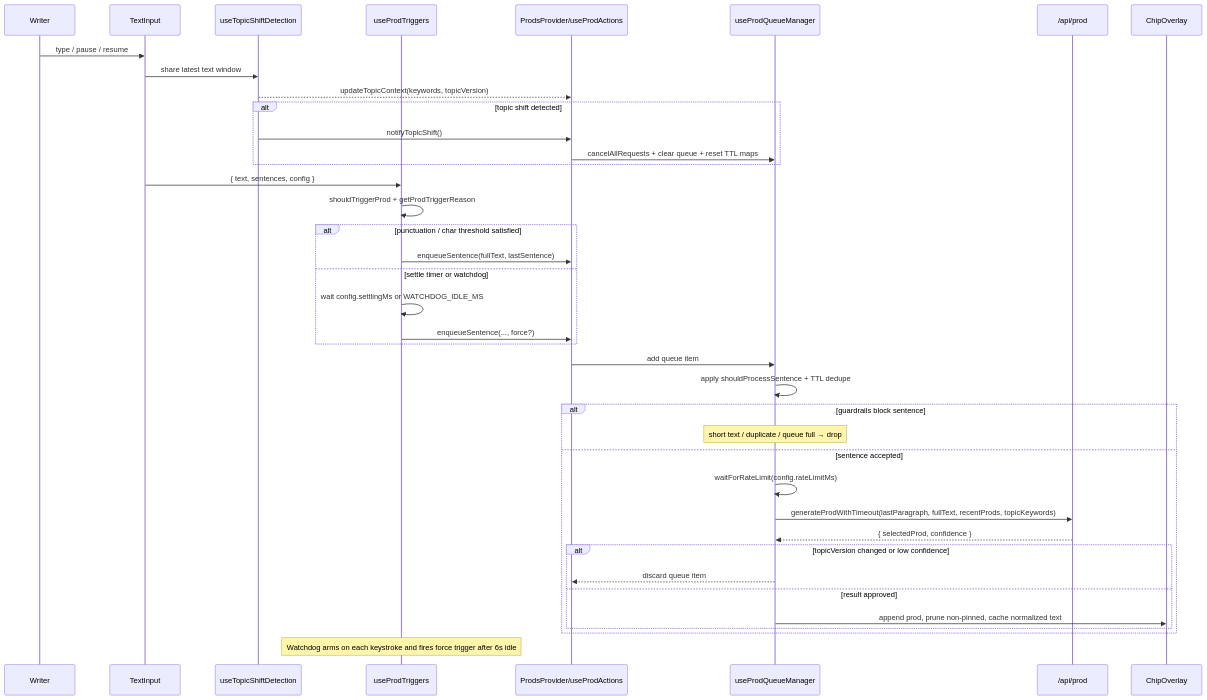
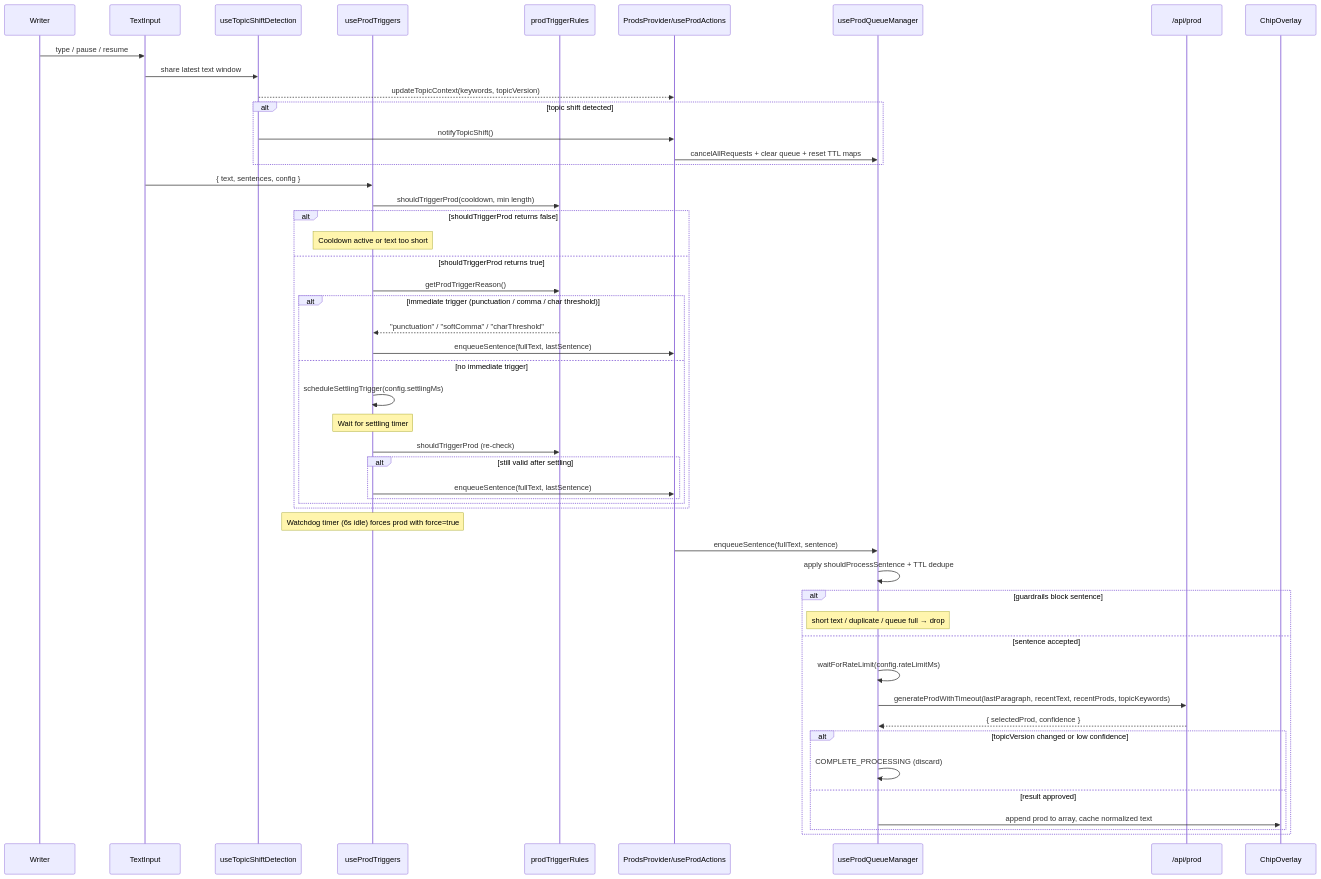
Before and after one commit to andreicstoica/refract: the diagram in docs/diagrams/prod-triggers.mmd, drawn with Mermaid. The commit also changed 3 other files, not shown here.

```diff
--- a/docs/diagrams/prod-triggers.mmd
+++ b/docs/diagrams/prod-triggers.mmd
@@ -1,40 +1,62 @@
 sequenceDiagram
   participant Writer
   participant TextInput
   participant Topic as useTopicShiftDetection
   participant Triggers as useProdTriggers
+  participant Rules as prodTriggerRules
   participant Actions as ProdsProvider/useProdActions
   participant Guards as useProdQueueManager
   participant API as /api/prod
   participant Chips as ChipOverlay
 
   Writer->>TextInput: type / pause / resume
   TextInput->>Topic: share latest text window
+  
   Topic-->>Actions: updateTopicContext(keywords, topicVersion)
+  
   alt topic shift detected
     Topic->>Actions: notifyTopicShift()
     Actions->>Guards: cancelAllRequests + clear queue + reset TTL maps
   end
+  
   TextInput->>Triggers: { text, sentences, config }
-  Triggers->>Triggers: shouldTriggerProd + getProdTriggerReason
-  alt punctuation / char threshold satisfied
-    Triggers->>Actions: enqueueSentence(fullText, lastSentence)
-  else settle timer or watchdog
-    Triggers->>Triggers: wait config.settlingMs or WATCHDOG_IDLE_MS
-    Triggers->>Actions: enqueueSentence(..., force?)
+  
+  Triggers->>Rules: shouldTriggerProd(cooldown, min length)
+  
+  alt shouldTriggerProd returns false
+    Note over Triggers: Cooldown active or text too short
+  else shouldTriggerProd returns true
+    Triggers->>Rules: getProdTriggerReason()
+    
+    alt immediate trigger (punctuation / comma / char threshold)
+      Rules-->>Triggers: "punctuation" / "softComma" / "charThreshold"
+      Triggers->>Actions: enqueueSentence(fullText, lastSentence)
+    else no immediate trigger
+      Triggers->>Triggers: scheduleSettlingTrigger(config.settlingMs)
+      Note over Triggers: Wait for settling timer
+      Triggers->>Rules: shouldTriggerProd (re-check)
+      alt still valid after settling
+        Triggers->>Actions: enqueueSentence(fullText, lastSentence)
+      end
+    end
   end
-  Actions->>Guards: add queue item
+  
+  Note over Triggers: Watchdog timer (6s idle) forces prod with force=true
+  
+  Actions->>Guards: enqueueSentence(fullText, sentence)
+  
   Guards->>Guards: apply shouldProcessSentence + TTL dedupe
+  
   alt guardrails block sentence
     Note over Guards: short text / duplicate / queue full → drop
   else sentence accepted
     Guards->>Guards: waitForRateLimit(config.rateLimitMs)
-    Guards->>API: generateProdWithTimeout(lastParagraph, fullText, recentProds, topicKeywords)
+    Guards->>API: generateProdWithTimeout(lastParagraph, recentText, recentProds, topicKeywords)
     API-->>Guards: { selectedProd, confidence }
+    
     alt topicVersion changed or low confidence
-      Guards-->>Actions: discard queue item
+      Guards->>Guards: COMPLETE_PROCESSING (discard)
     else result approved
-      Guards->>Chips: append prod, prune non-pinned, cache normalized text
+      Guards->>Chips: append prod to array, cache normalized text
     end
   end
-  Note over Triggers: Watchdog arms on each keystroke and fires force trigger after 6s idle
```
